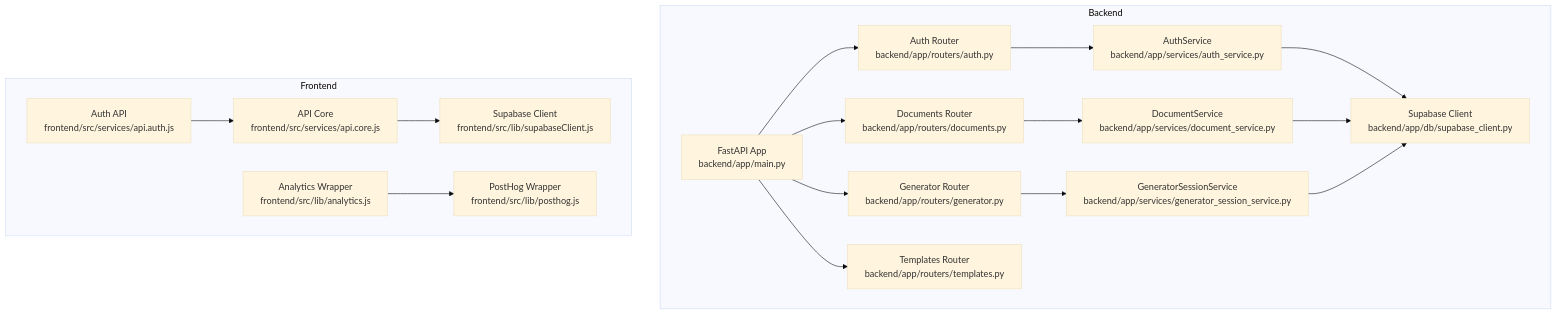
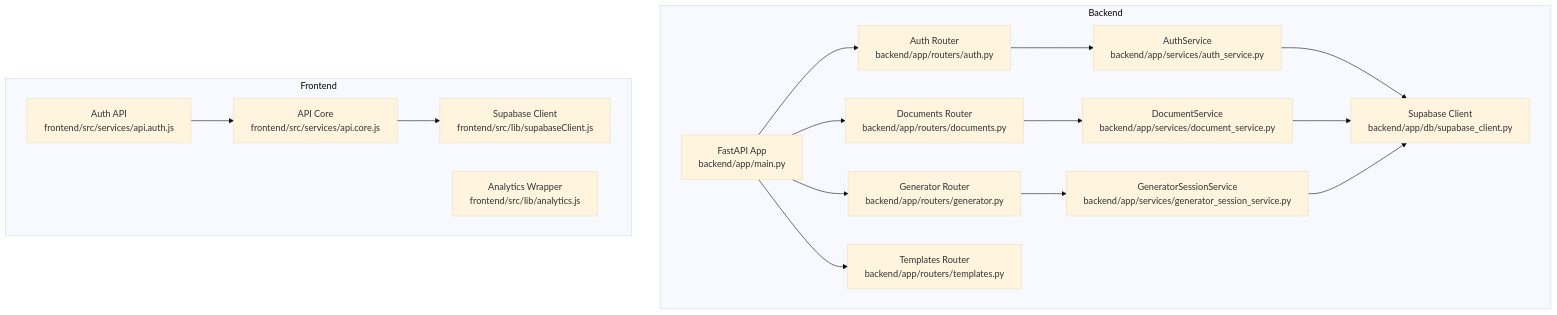
Before and after one commit to rohitkumarnaidu/ScholarFormAI: the first of 8 diagrams in .docs/content/Frontend Development/API Integration/API Integration.md, drawn with Mermaid (base theme). The commit also changed other lines of this file and 9 other files, not shown here.

````diff
--- a/.docs/content/Frontend Development/API Integration/API Integration.md
+++ b/.docs/content/Frontend Development/API Integration/API Integration.md
@@ -43,34 +42,32 @@
 ```mermaid
 graph TB
 subgraph "Backend"
 M["FastAPI App<br/>backend/app/main.py"]
 RAuth["Auth Router<br/>backend/app/routers/auth.py"]
 RDocs["Documents Router<br/>backend/app/routers/documents.py"]
 RGen["Generator Router<br/>backend/app/routers/generator.py"]
 RTmpl["Templates Router<br/>backend/app/routers/templates.py"]
 SAuth["AuthService<br/>backend/app/services/auth_service.py"]
 SDoc["DocumentService<br/>backend/app/services/document_service.py"]
 SGen["GeneratorSessionService<br/>backend/app/services/generator_session_service.py"]
 DB["Supabase Client<br/>backend/app/db/supabase_client.py"]
 end
 subgraph "Frontend"
 FCore["API Core<br/>frontend/src/services/api.core.js"]
 FAUTH["Auth API<br/>frontend/src/services/api.auth.js"]
 FSb["Supabase Client<br/>frontend/src/lib/supabaseClient.js"]
-FPostHog["PostHog Wrapper<br/>frontend/src/lib/posthog.js"]
 Fanalytics["Analytics Wrapper<br/>frontend/src/lib/analytics.js"]
 end
 M --> RAuth
 M --> RDocs
 M --> RGen
 M --> RTmpl
 RAuth --> SAuth
 RDocs --> SDoc
 RGen --> SGen
 SAuth --> DB
 SDoc --> DB
 SGen --> DB
 FAUTH --> FCore
 FCore --> FSb
-Fanalytics --> FPostHog
 ```
````
